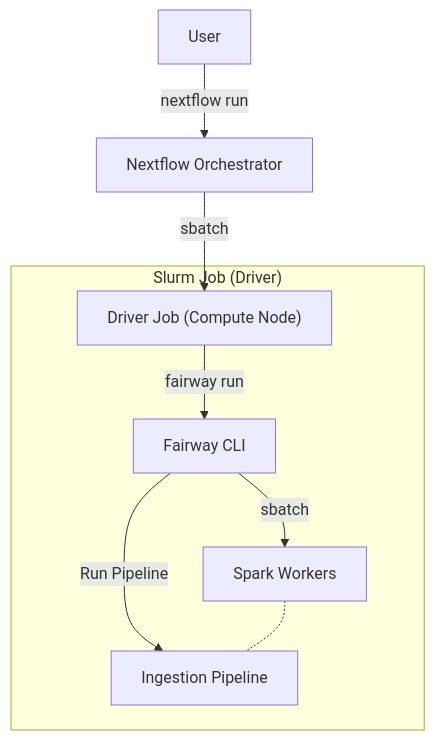
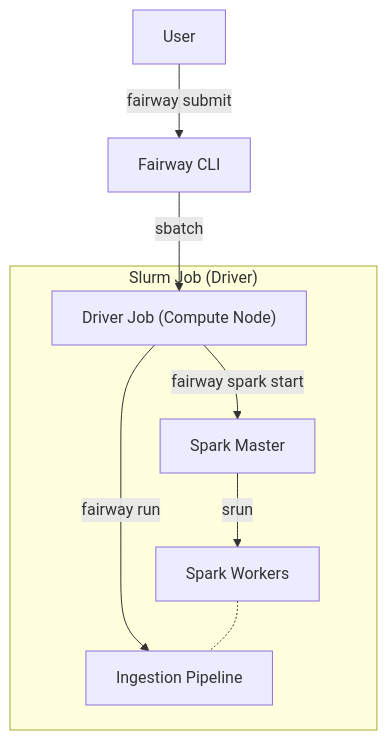
Before and after one commit to DISSC-yale/fairway: the diagram in docs/architecture.md, drawn with Mermaid. The commit also changed other lines of this file and 8 other files, not shown here.

Commit message:
feat: Introduce `fairway CLI` for Slurm job submission and management, replacing Nextflow orchestration and updating related documentation.

````diff
--- a/docs/architecture.md
+++ b/docs/architecture.md
@@ -10,13 +10,13 @@
 ```mermaid
 graph TD
-    User["User"] -->|nextflow run| NF["Nextflow Orchestrator"]
-    NF -->|sbatch| Driver["Driver Job (Compute Node)"]
-    
+    User["User"] -->|fairway submit| CLI["Fairway CLI"]
+    CLI -->|sbatch| Driver["Driver Job (Compute Node)"]
+
     subgraph "Slurm Job (Driver)"
-        Driver -->|fairway run| FCLI["Fairway CLI"]
-        FCLI -->|sbatch| Workers["Spark Workers"]
-        FCLI -->|Run Pipeline| Ingestion["Ingestion Pipeline"]
+        Driver -->|fairway spark start| SparkMaster["Spark Master"]
+        SparkMaster -->|srun| Workers["Spark Workers"]
+        Driver -->|fairway run| Pipeline["Ingestion Pipeline"]
     end
-    
-    Workers -.- Ingestion
+
+    Workers -.- Pipeline
 ```
````
